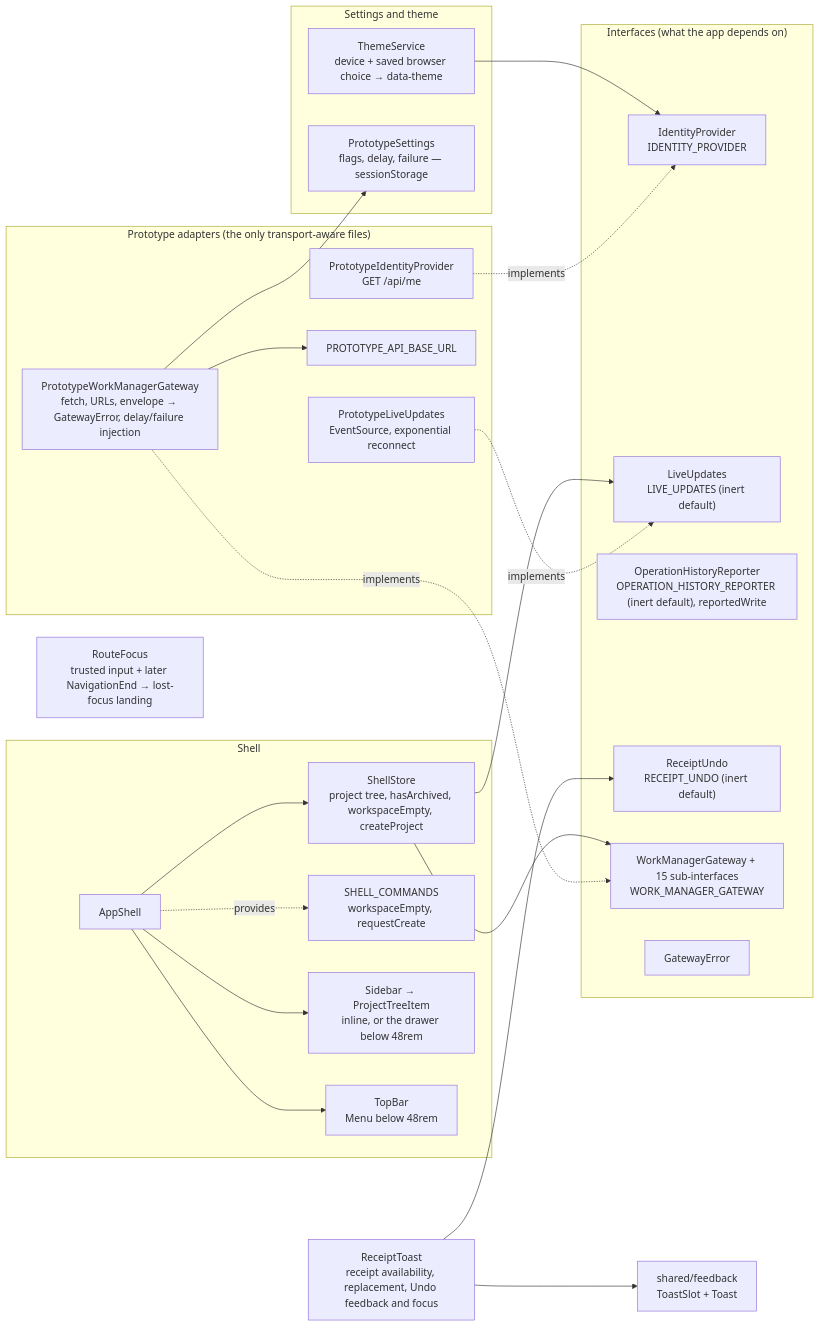
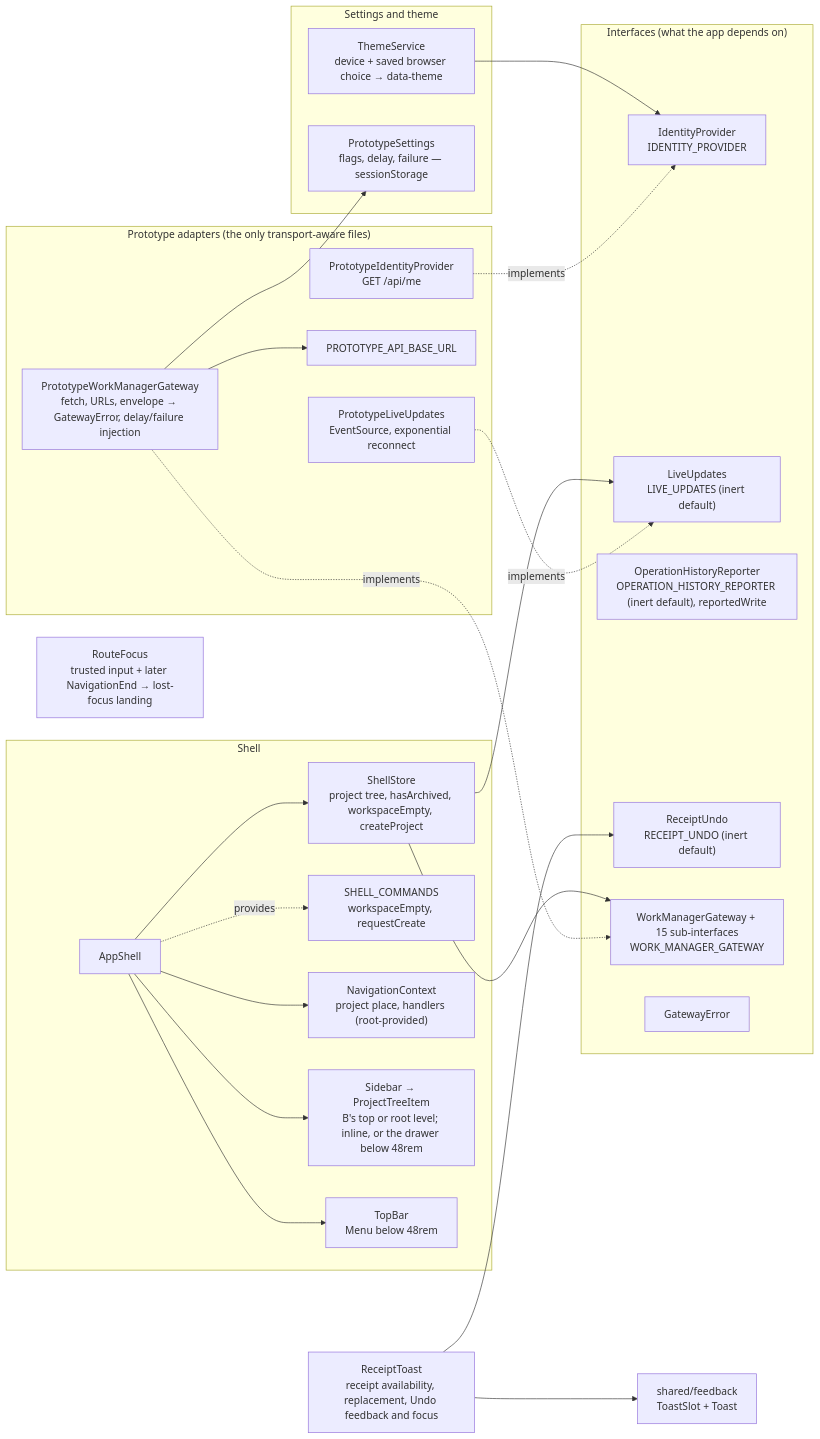
Before and after one commit to CalciteDragon/Canvas-work-manager-prototype: the first of 2 diagrams in docs/architecture/web/core/what.md, drawn with Mermaid. The commit also changed other lines of this file and 27 other files, not shown here.

First line of the commit message:
feat(slice 81): step 4 context and current place: NavigationContext, B's two levels, one marker (§20, §23, §26, §47)

````diff
--- a/docs/architecture/web/core/what.md
+++ b/docs/architecture/web/core/what.md
@@ -5,42 +5,44 @@
 ```mermaid
 flowchart LR
   subgraph ports["Interfaces (what the app depends on)"]
     id["IdentityProvider<br/>IDENTITY_PROVIDER"]
     lu["LiveUpdates<br/>LIVE_UPDATES (inert default)"]
     rep["OperationHistoryReporter<br/>OPERATION_HISTORY_REPORTER (inert default), reportedWrite"]
     undo["ReceiptUndo<br/>RECEIPT_UNDO (inert default)"]
     gw["WorkManagerGateway + 15 sub-interfaces<br/>WORK_MANAGER_GATEWAY"]
     err["GatewayError"]
   end
   subgraph adapters["Prototype adapters (the only transport-aware files)"]
     pid["PrototypeIdentityProvider<br/>GET /api/me"]
     pgw["PrototypeWorkManagerGateway<br/>fetch, URLs, envelope → GatewayError, delay/failure injection"]
     cfg["PROTOTYPE_API_BASE_URL"]
     plu["PrototypeLiveUpdates<br/>EventSource, exponential reconnect"]
   end
   subgraph settings["Settings and theme"]
     th["ThemeService<br/>device + saved browser choice → data-theme"]
     ps["PrototypeSettings<br/>flags, delay, failure — sessionStorage"]
   end
   routeFocus["RouteFocus<br/>trusted input + later NavigationEnd → lost-focus landing"]
   toast["ReceiptToast<br/>receipt availability, replacement, Undo feedback and focus"]
   slot["shared/feedback<br/>ToastSlot + Toast"]
   subgraph shell["Shell"]
     as["AppShell"]
     ss["ShellStore<br/>project tree, hasArchived, workspaceEmpty, createProject"]
     sc["SHELL_COMMANDS<br/>workspaceEmpty, requestCreate"]
-    sb["Sidebar → ProjectTreeItem<br/>inline, or the drawer below 48rem"]
+    nc["NavigationContext<br/>project place, handlers (root-provided)"]
+    sb["Sidebar → ProjectTreeItem<br/>B's top or root level; inline, or the drawer below 48rem"]
     tb["TopBar<br/>Menu below 48rem"]
   end
   pgw -. implements .-> gw
   pid -. implements .-> id
   plu -. implements .-> lu
   pgw --> cfg
   pgw --> ps
   as --> ss --> gw
   ss --> lu
   as --> sb & tb
+  as --> nc
   as -. provides .-> sc
   th --> id
   toast --> undo & slot
 ```
````
